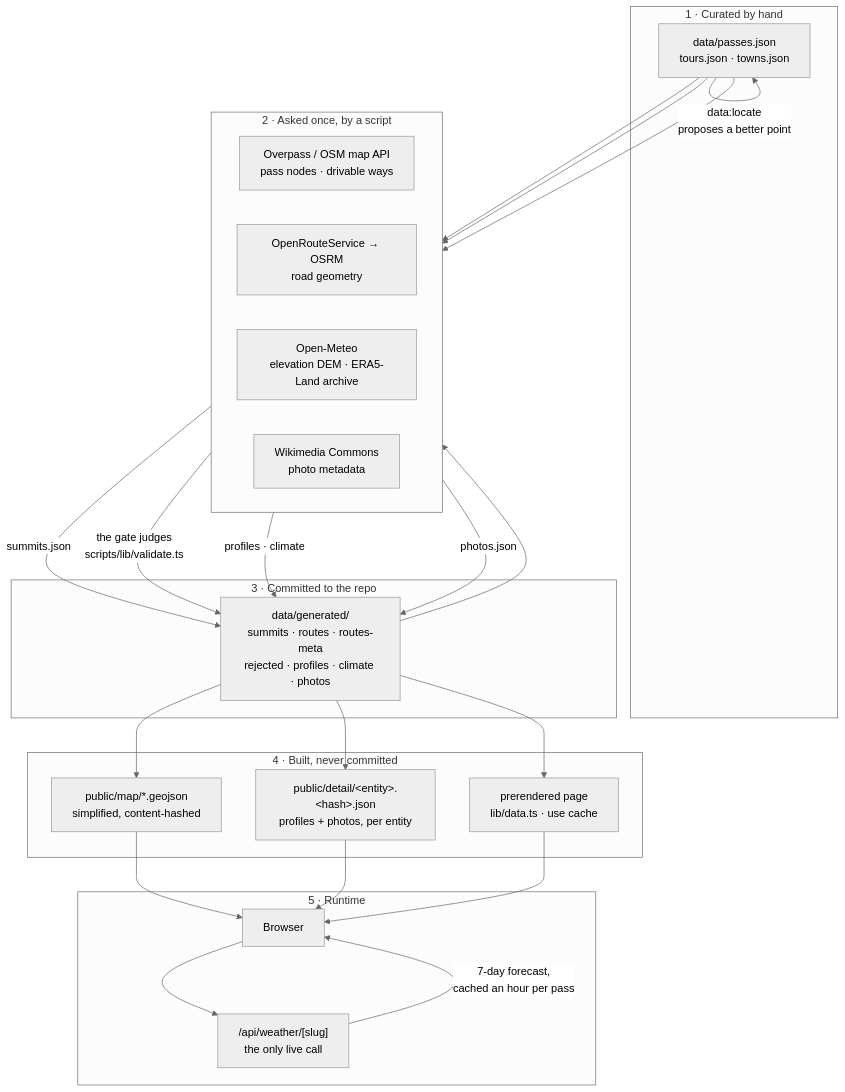
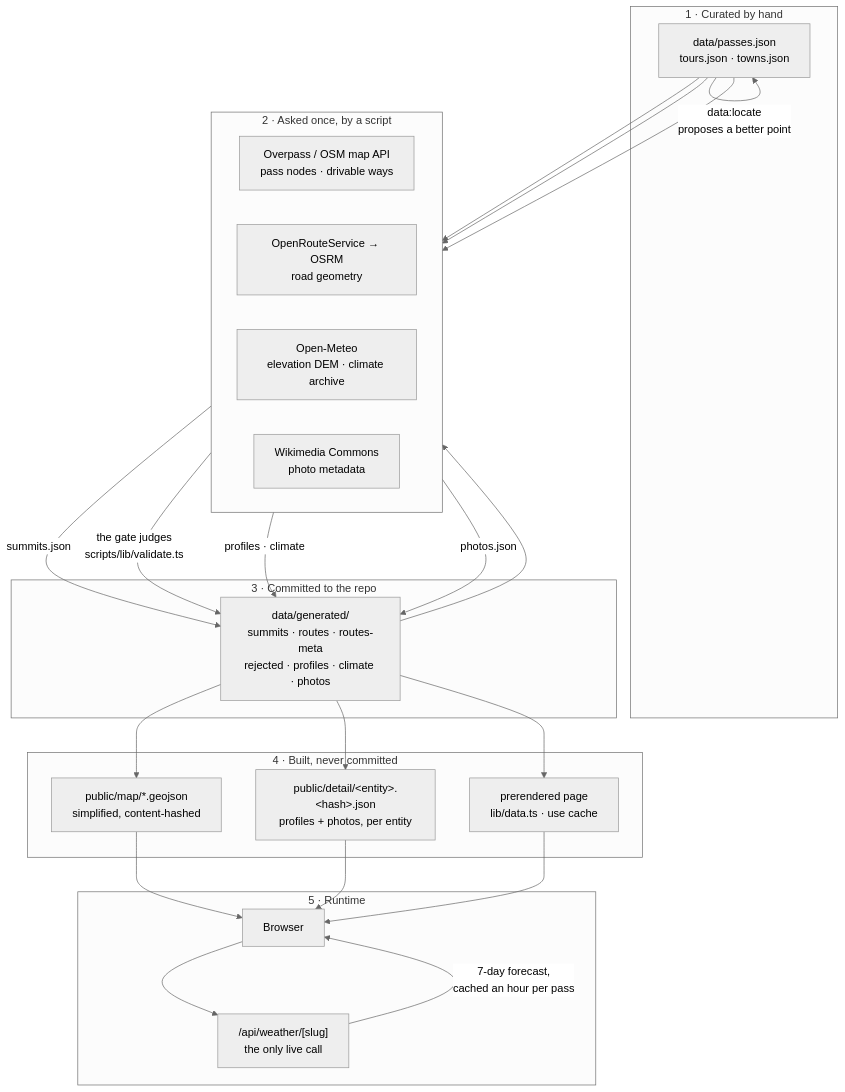
One commit to mdugue/alpen changed the first of 3 diagrams in docs/data-pipeline.md. Above: the diagram before and after it, drawn with Mermaid (neutral theme). The commit also changed other lines of this file and 25 other files, not shown here.

````diff
--- a/docs/data-pipeline.md
+++ b/docs/data-pipeline.md
@@ -18,39 +18,39 @@
 ```mermaid
 flowchart TB
   subgraph hand["1 · Curated by hand"]
     P["data/passes.json<br/>tours.json · towns.json"]
   end
 
   subgraph net["2 · Asked once, by a script"]
     direction LR
     OSM["Overpass / OSM map API<br/>pass nodes · drivable ways"]
     RT["OpenRouteService → OSRM<br/>road geometry"]
-    OM["Open-Meteo<br/>elevation DEM · ERA5-Land archive"]
+    OM["Open-Meteo<br/>elevation DEM · climate archive"]
     WC["Wikimedia Commons<br/>photo metadata"]
   end
 
   subgraph repo["3 · Committed to the repo"]
     G["data/generated/<br/>summits · routes · routes-meta<br/>rejected · profiles · climate · photos"]
   end
 
   subgraph build["4 · Built, never committed"]
     MA["public/map/*.geojson<br/>simplified, content-hashed"]
     DA["public/detail/&lt;entity&gt;.&lt;hash&gt;.json<br/>profiles + photos, per entity"]
     PR["prerendered page<br/>lib/data.ts · use cache"]
   end
 
   subgraph run["5 · Runtime"]
     B["Browser"]
     W["/api/weather/[slug]<br/>the only live call"]
   end
 
   P -->|"data:locate<br/>proposes a better point"| P
   P --> OSM --> |"summits.json"| G
   P --> RT -->|"the gate judges<br/>scripts/lib/validate.ts"| G
   G --> OM --> |"profiles · climate"| G
   P --> WC --> |"photos.json"| G
   G --> MA --> B
   G --> DA --> B
   G --> PR --> B
   B --> W -->|"7-day forecast,<br/>cached an hour per pass"| B
 ```
````
